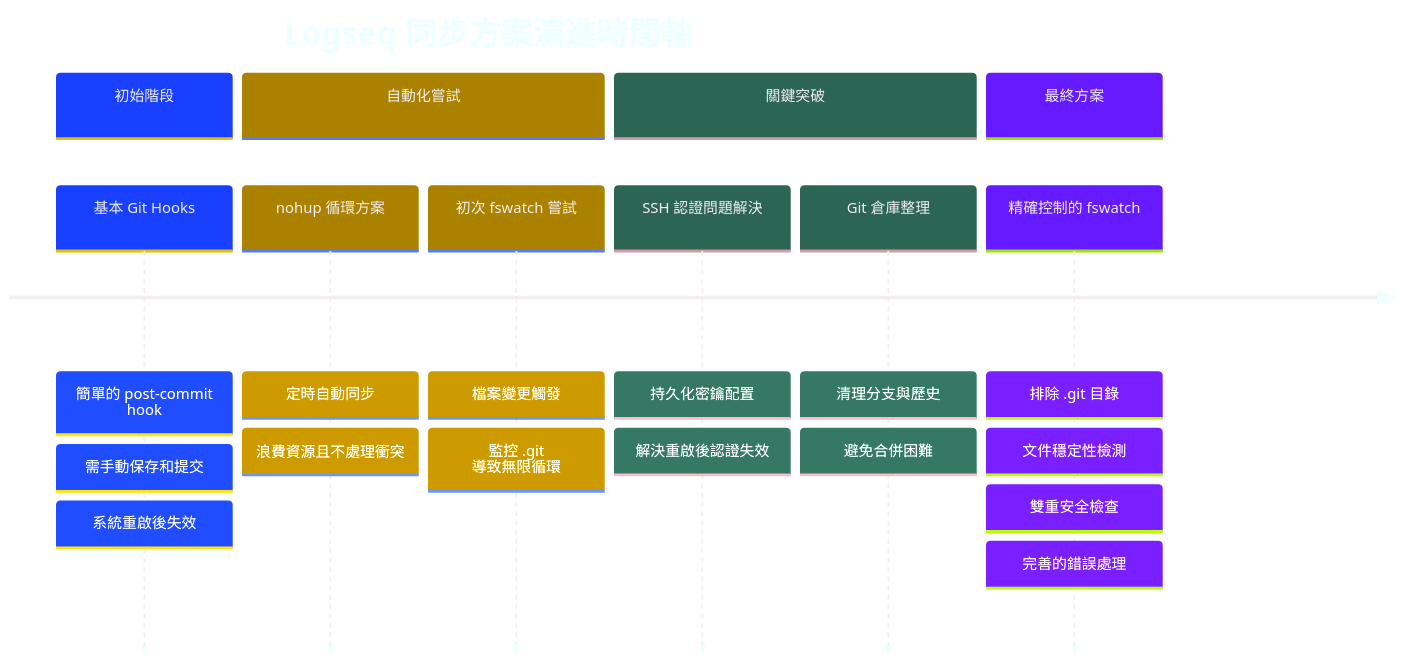
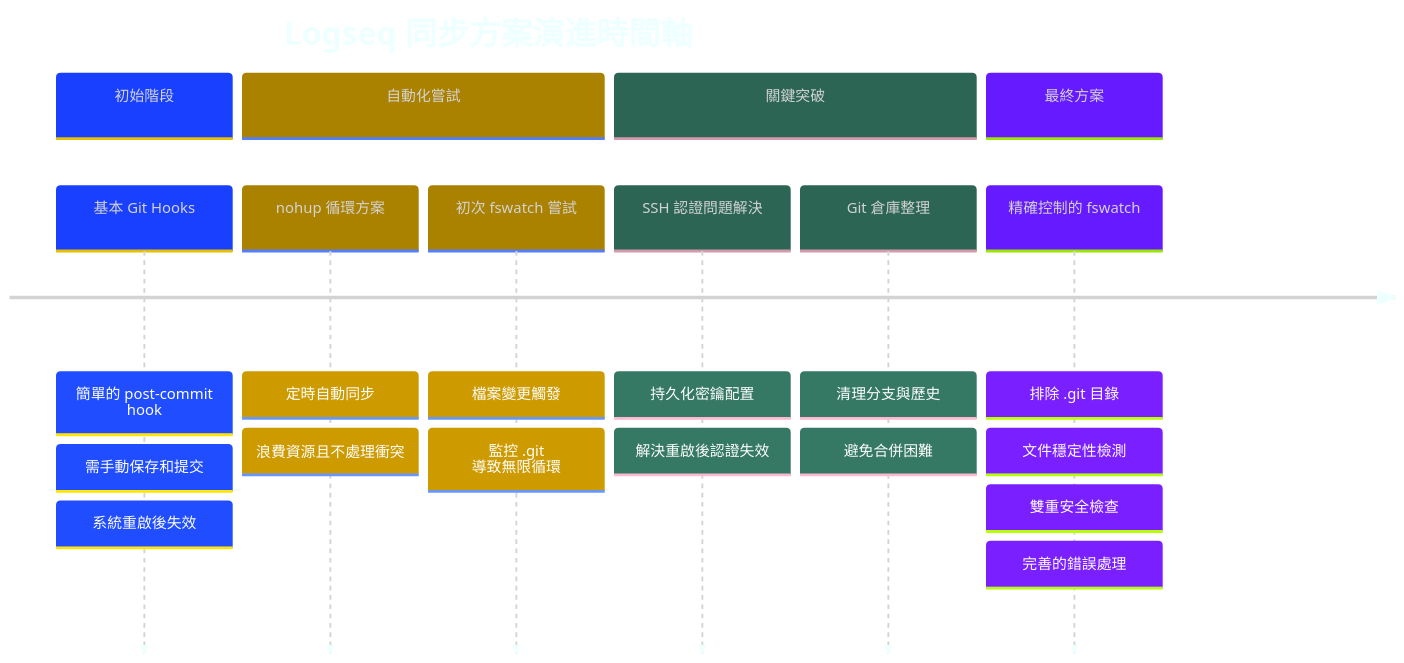
The first of 2 diagrams in Logseq同步方案演進記錄.md (GengGeng026/Sync-Logseq), drawn with Mermaid before and after one commit.

Commit message:
Auto-sync: Wed Mar 26 09:22:57 +08 2025

````diff
--- a/Logseq同步方案演進記錄.md
+++ b/Logseq同步方案演進記錄.md
@@ -24,44 +24,44 @@
 ```mermaid
 %%{init: {
   'theme': 'base', 
   'themeVariables': {
     'primaryColor': '#99AAFF',
     'secondaryColor': '#FFCB2B',
     'tertiaryColor': '#59B79A',
-    'primaryTextColor': '#F2EEEE',
+    'primaryTextColor': 'lightgrey',
     'primaryBorderColor': '#59B79A',
     'lineColor': '#C792EA',
     'background': 'transparent',
     'textColor': '#EEFFFF',
     'nodeBorder': '#59B79A',
     'clusterBkg': 'transparent',
     'titleColor': '#EEFFFF',
     'sectionBkgColor': '#273747',
     'sectionBkgColor2': '#334455',
     'sectionBkgColor3': '#3A4A5A',
     'sectionBkgColor4': '#42546A',
     'sectionBkgColor5': '#4B5E78'
   }
 }}%%
 timeline
     title Logseq 同步方案演進時間軸
     section 初始階段
         基本 Git Hooks : 簡單的 post-commit hook
         : 需手動保存和提交
         : 系統重啟後失效
     section 自動化嘗試
         nohup 循環方案 : 定時自動同步
         : 浪費資源且不處理衝突
         初次 fswatch 嘗試 : 檔案變更觸發
         : 監控 .git 導致無限循環
     section 關鍵突破
         SSH 認證問題解決 : 持久化密鑰配置
         : 解決重啟後認證失效
         Git 倉庫整理 : 清理分支與歷史
         : 避免合併困難
     section 最終方案
         精確控制的 fswatch : 排除 .git 目錄
         : 文件穩定性檢測
         : 雙重安全檢查
         : 完善的錯誤處理
 ```
````
